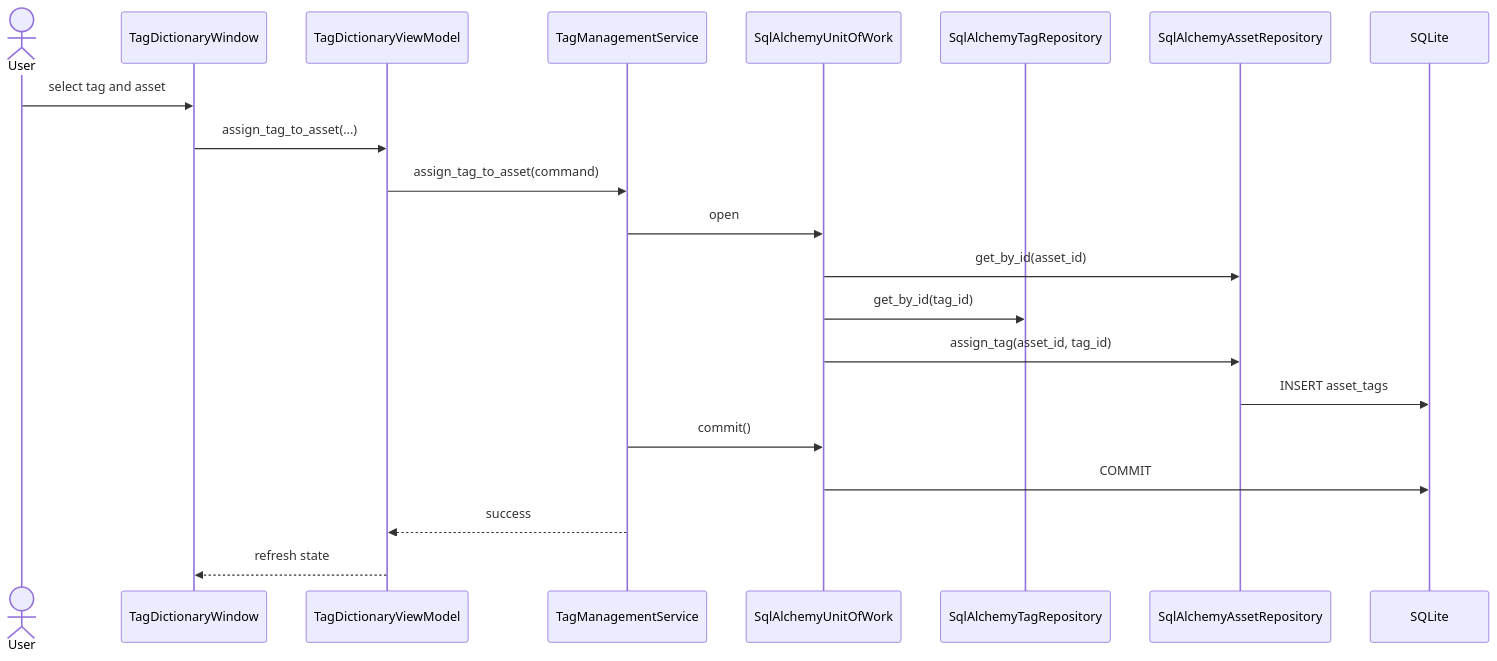
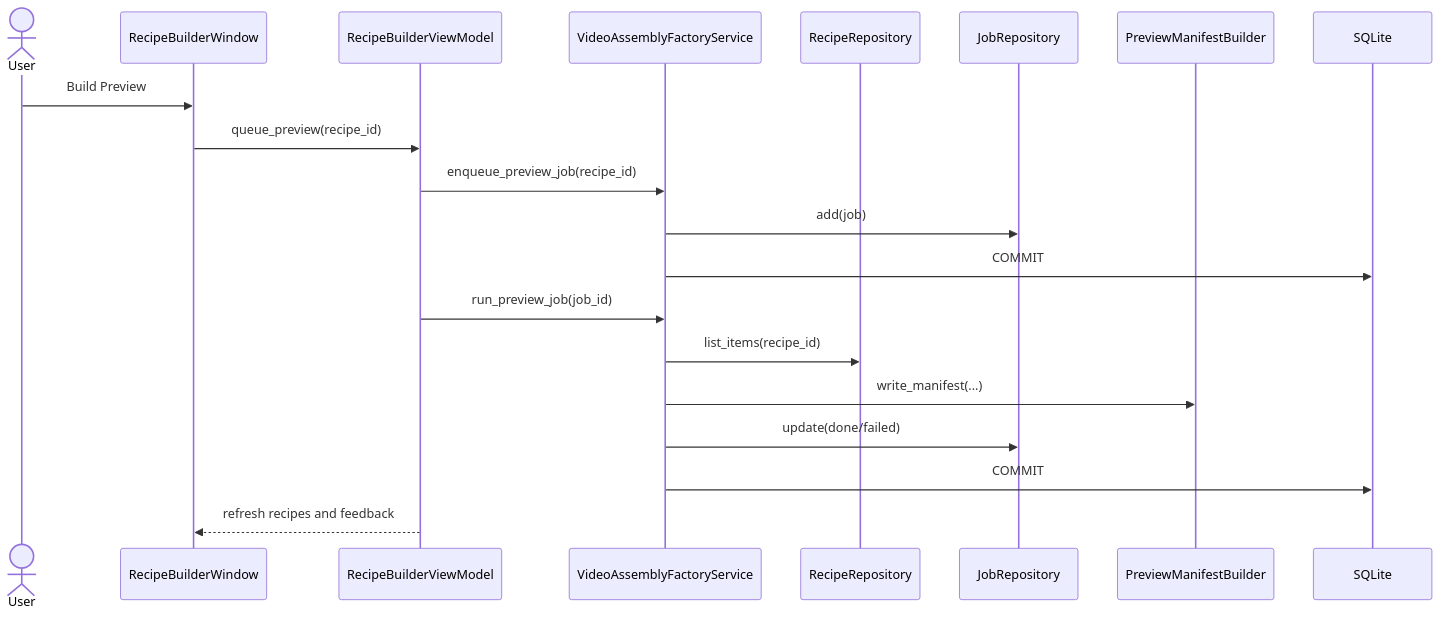
The fourth of 5 diagrams in doc/10_UML_System_Overview.md (idev006/MTClipFactory), drawn with Mermaid before and after one commit. The commit also changed other lines of this file and 43 other files, not shown here.

Commit message:
Add artifact jobs and factory preview foundation

````diff
--- a/doc/10_UML_System_Overview.md
+++ b/doc/10_UML_System_Overview.md
@@ -311,24 +191,23 @@
 ```mermaid
 sequenceDiagram
     actor User
-    participant View as TagDictionaryWindow
-    participant VM as TagDictionaryViewModel
-    participant App as TagManagementService
-    participant UoW as SqlAlchemyUnitOfWork
-    participant TagRepo as SqlAlchemyTagRepository
-    participant AssetRepo as SqlAlchemyAssetRepository
+    participant View as RecipeBuilderWindow
+    participant VM as RecipeBuilderViewModel
+    participant Factory as VideoAssemblyFactoryService
+    participant RecipeRepo as RecipeRepository
+    participant JobRepo as JobRepository
+    participant Preview as PreviewManifestBuilder
     participant DB as SQLite
 
-    User->>View: select tag and asset
-    View->>VM: assign_tag_to_asset(...)
-    VM->>App: assign_tag_to_asset(command)
-    App->>UoW: open
-    UoW->>AssetRepo: get_by_id(asset_id)
-    UoW->>TagRepo: get_by_id(tag_id)
-    UoW->>AssetRepo: assign_tag(asset_id, tag_id)
-    AssetRepo->>DB: INSERT asset_tags
-    App->>UoW: commit()
-    UoW->>DB: COMMIT
-    App-->>VM: success
-    VM-->>View: refresh state
+    User->>View: Build Preview
+    View->>VM: queue_preview(recipe_id)
+    VM->>Factory: enqueue_preview_job(recipe_id)
+    Factory->>JobRepo: add(job)
+    Factory->>DB: COMMIT
+    VM->>Factory: run_preview_job(job_id)
+    Factory->>RecipeRepo: list_items(recipe_id)
+    Factory->>Preview: write_manifest(...)
+    Factory->>JobRepo: update(done/failed)
+    Factory->>DB: COMMIT
+    VM-->>View: refresh recipes and feedback
 ```
````
